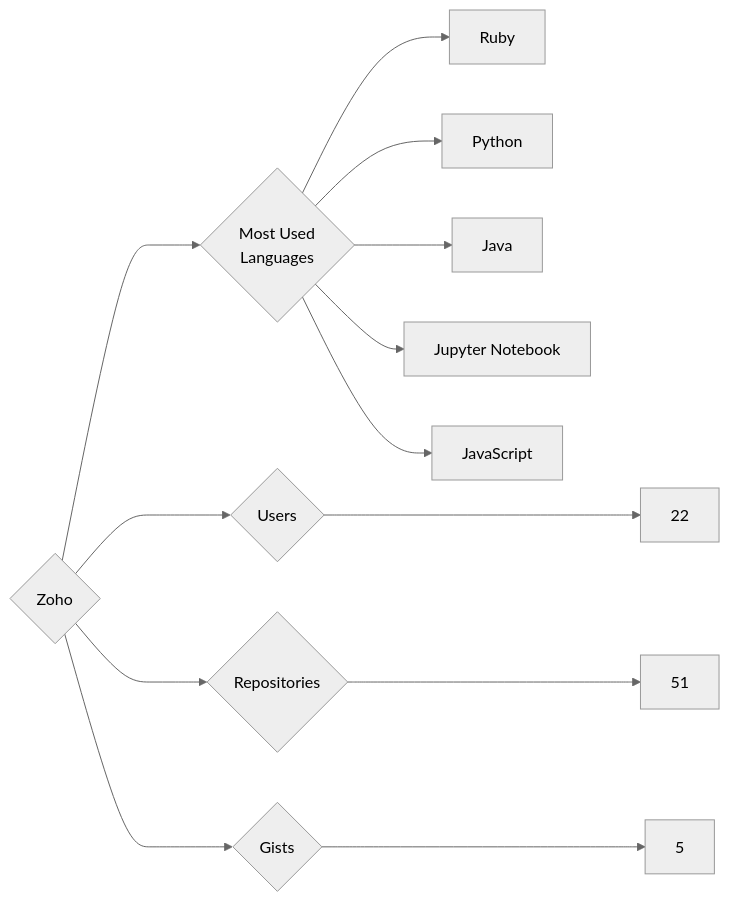
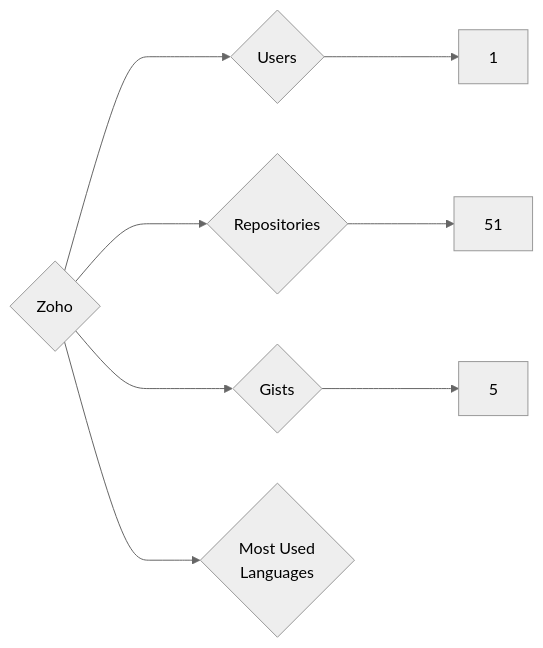
One commit to trickest/insiders changed the diagram in targets/Zoho/README.md. Above: the diagram before and after it, drawn with Mermaid (neutral theme). The commit also changed 681 other files, not shown here.

````diff
--- a/targets/Zoho/README.md
+++ b/targets/Zoho/README.md
@@ -3,13 +3,8 @@
 ```mermaid
 graph LR
 COMPANY_NAME{Zoho}
-COMPANY_NAME ---> U{Users} ---> UN[22]
+COMPANY_NAME ---> U{Users} ---> UN[1]
 COMPANY_NAME ---> R{Repositories} ---> RN[51]
 COMPANY_NAME ---> G{Gists} ---> GN[5]
 COMPANY_NAME ---> ML{Most Used<br>Languages}
-ML --> Ruby[Ruby]
-ML --> Python[Python]
-ML --> Java[Java]
-ML --> Jupyter_Notebook[Jupyter Notebook]
-ML --> JavaScript[JavaScript]
 ```
````
